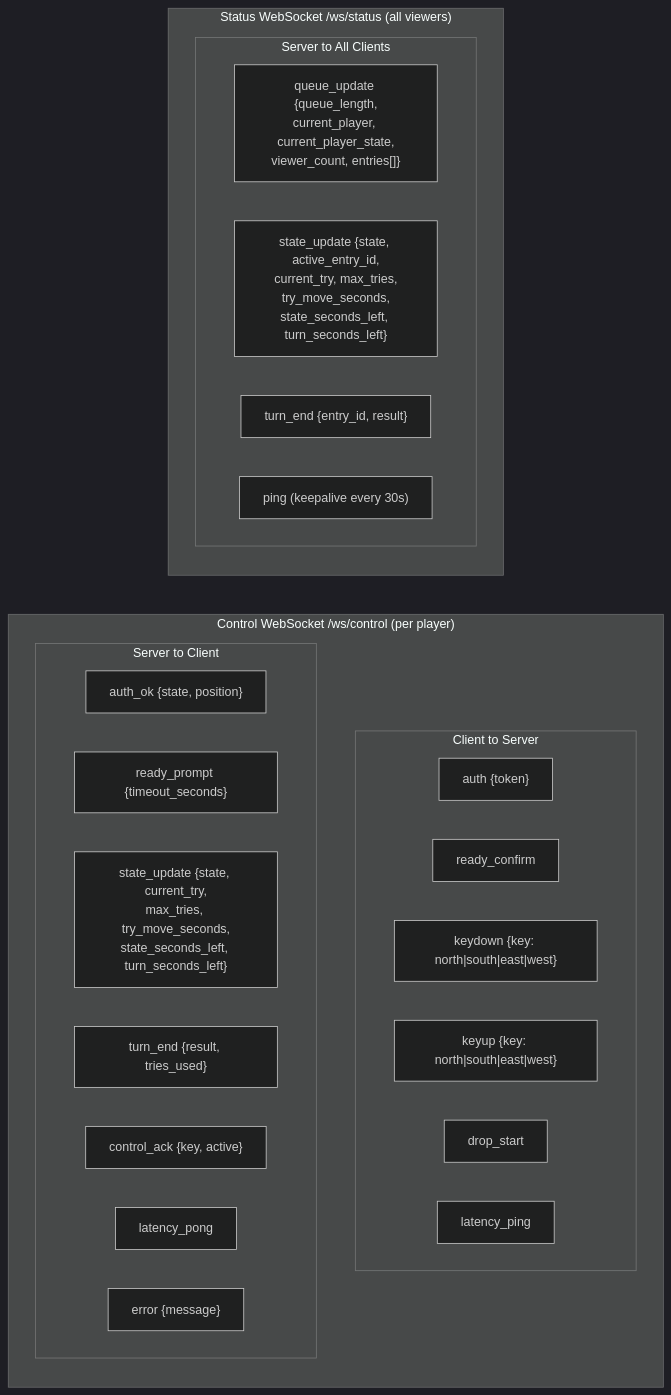
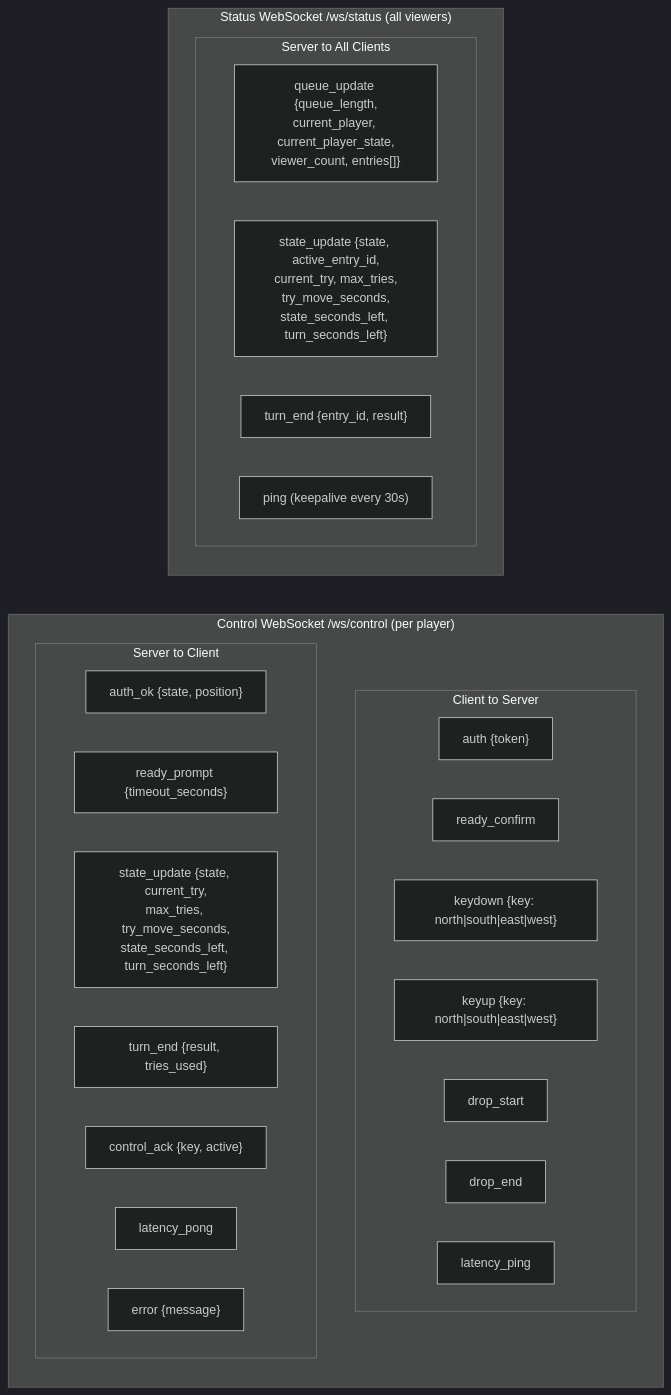
The eighth of 12 diagrams in docs/queue-flow.md (morroware/ECLAW), drawn with Mermaid (dark theme) before and after one commit. The commit also changed other lines of this file and 2 other files, not shown here.

````diff
--- a/docs/queue-flow.md
+++ b/docs/queue-flow.md
@@ -454,33 +454,34 @@
 ```mermaid
 flowchart LR
     subgraph ControlWS["Control WebSocket /ws/control (per player)"]
         direction TB
         subgraph C2S["Client to Server"]
             A1["auth {token}"]
             A2["ready_confirm"]
             A3["keydown {key: north|south|east|west}"]
             A4["keyup {key: north|south|east|west}"]
             A5["drop_start"]
+            A7["drop_end"]
             A6["latency_ping"]
         end
         subgraph S2C["Server to Client"]
             B1["auth_ok {state, position}"]
             B2["ready_prompt {timeout_seconds}"]
             B3["state_update {state, current_try,<br/>max_tries, try_move_seconds,<br/>state_seconds_left, turn_seconds_left}"]
             B4["turn_end {result, tries_used}"]
             B5["control_ack {key, active}"]
             B6["latency_pong"]
             B7["error {message}"]
         end
     end
 
     subgraph StatusWS["Status WebSocket /ws/status (all viewers)"]
         direction TB
         subgraph Broadcast["Server to All Clients"]
             C1["queue_update {queue_length,<br/>current_player, current_player_state,<br/>viewer_count, entries[]}"]
             C2["state_update {state, active_entry_id,<br/>current_try, max_tries,<br/>try_move_seconds,<br/>state_seconds_left, turn_seconds_left}"]
             C3["turn_end {entry_id, result}"]
             C4["ping (keepalive every 30s)"]
         end
     end
 ```
````
